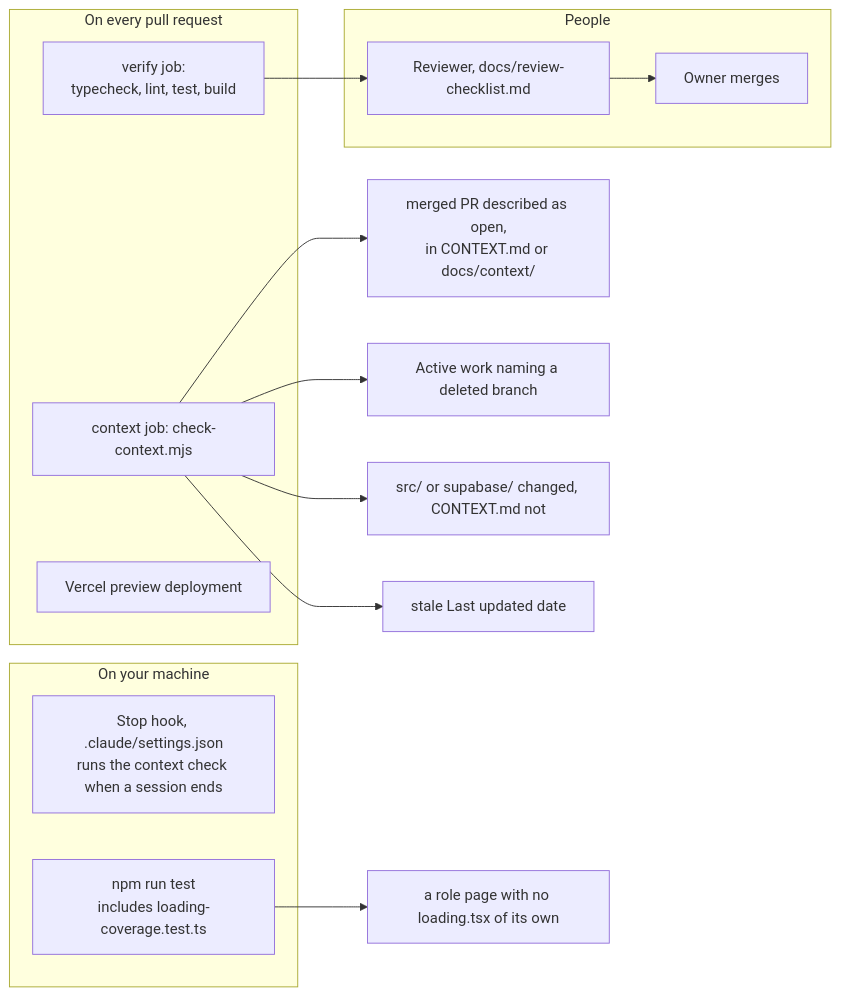
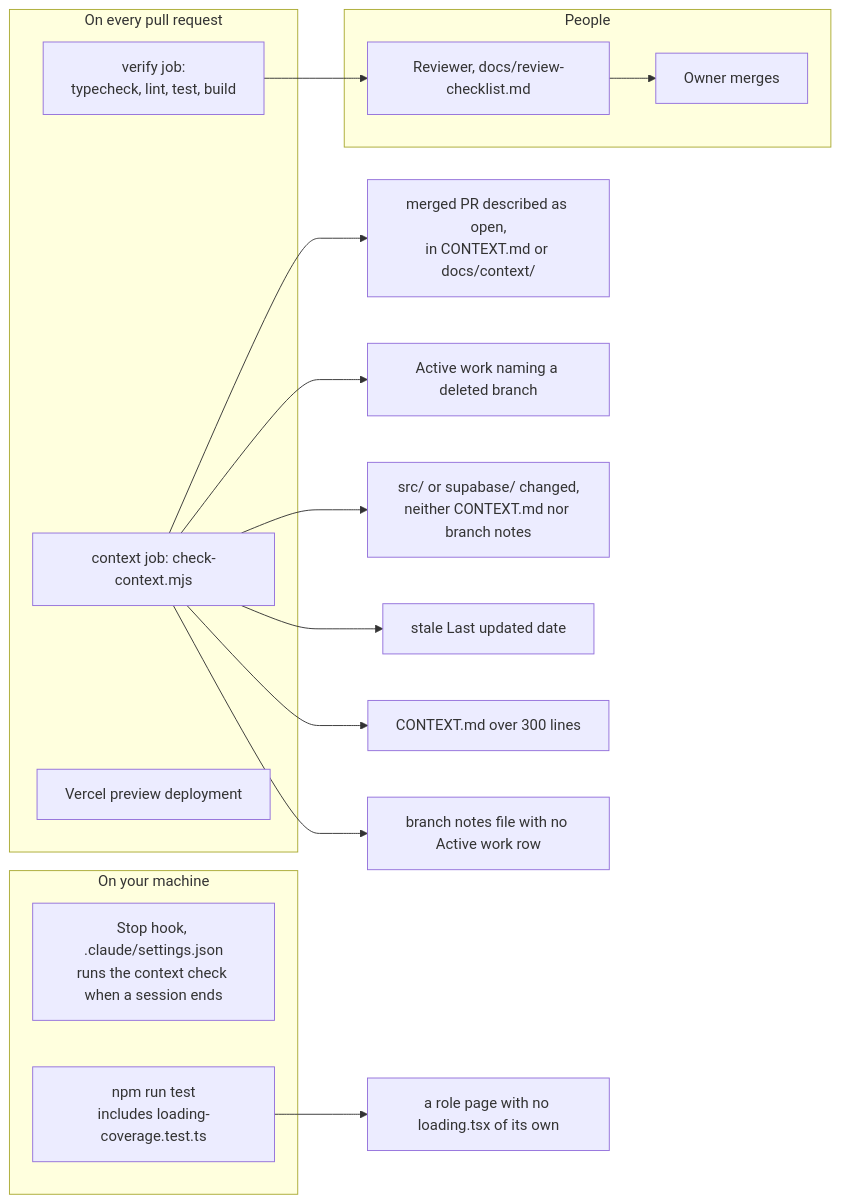
The fourth of 4 diagrams in docs/agent-map.md (Two19Labs/Cospire), drawn with Mermaid before and after one commit. The commit also changed other lines of this file and 32 other files, not shown here.

````diff
--- a/docs/agent-map.md
+++ b/docs/agent-map.md
@@ -160,22 +166,24 @@
 ```mermaid
 flowchart LR
   subgraph LOCAL["On your machine"]
     HOOK["Stop hook, .claude/settings.json<br/>runs the context check when a session ends"]
     UT["npm run test<br/>includes loading-coverage.test.ts"]
   end
   subgraph CI["On every pull request"]
     V["verify job:<br/>typecheck, lint, test, build"]
     CX["context job: check-context.mjs"]
     VP["Vercel preview deployment"]
   end
   subgraph HUMAN["People"]
     RV["Reviewer, docs/review-checklist.md"]
     OW["Owner merges"]
   end
   CX --> C1["merged PR described as open,<br/>in CONTEXT.md or docs/context/"]
   CX --> C2["Active work naming a deleted branch"]
-  CX --> C3["src/ or supabase/ changed, CONTEXT.md not"]
+  CX --> C3["src/ or supabase/ changed,<br/>neither CONTEXT.md nor branch notes"]
   CX --> C4["stale Last updated date"]
+  CX --> C5["CONTEXT.md over 300 lines"]
+  CX --> C6["branch notes file with no Active work row"]
   UT --> U1["a role page with no loading.tsx of its own"]
   V --> RV --> OW
 ```
````
